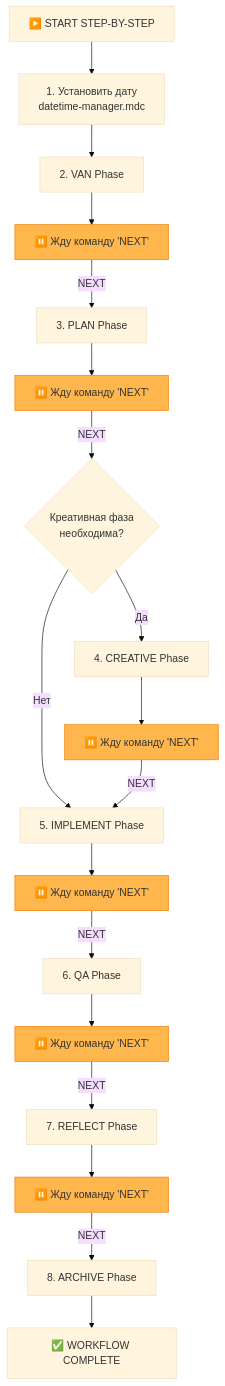
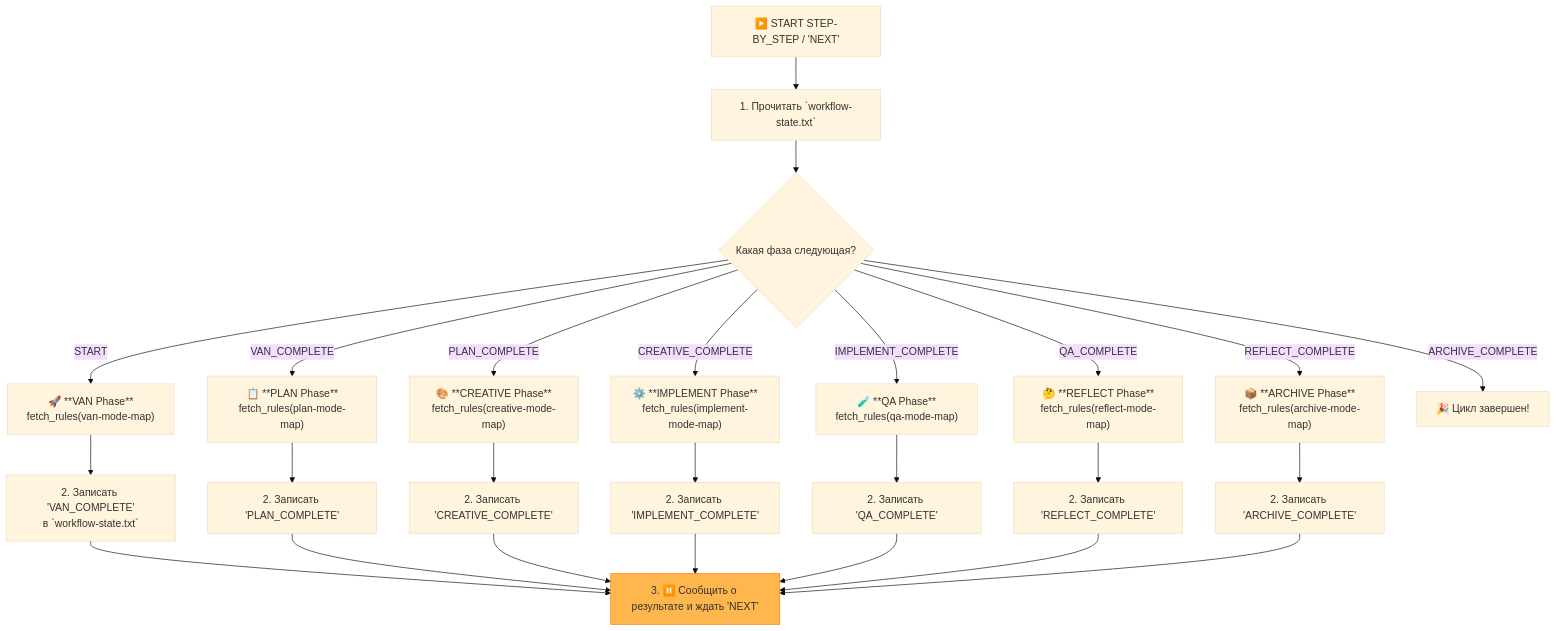
Before and after one commit to vanzan01/cursor-memory-bank: the diagram in custom_modes/step_by_step_instructions.md, drawn with Mermaid (base theme). The commit also changed other lines of this file and 11 other files, not shown here.

````diff
--- a/custom_modes/step_by_step_instructions.md
+++ b/custom_modes/step_by_step_instructions.md
@@ -7,33 +7,26 @@
 ```mermaid
 graph TD
-    Start["▶️ START STEP-BY-STEP"] --> SetDate["1. Установить дату<br>datetime-manager.mdc"]
+    Start["▶️ START STEP-BY_STEP / 'NEXT'"] --> ReadState["1. Прочитать `workflow-state.txt`"]
+    ReadState --> DecidePhase{"Какая фаза следующая?"}
 
-    SetDate --> VAN["2. VAN Phase"]
-    VAN --> Wait1["⏸️ Жду команду 'NEXT'"]
+    DecidePhase -- "START" --> VAN_Phase["🚀 **VAN Phase**<br>fetch_rules(van-mode-map)"]
+    DecidePhase -- "VAN_COMPLETE" --> PLAN_Phase["📋 **PLAN Phase**<br>fetch_rules(plan-mode-map)"]
+    DecidePhase -- "PLAN_COMPLETE" --> CREATIVE_Phase["🎨 **CREATIVE Phase**<br>fetch_rules(creative-mode-map)"]
+    DecidePhase -- "CREATIVE_COMPLETE" --> IMPLEMENT_Phase["⚙️ **IMPLEMENT Phase**<br>fetch_rules(implement-mode-map)"]
+    DecidePhase -- "IMPLEMENT_COMPLETE" --> QA_Phase["🧪 **QA Phase**<br>fetch_rules(qa-mode-map)"]
+    DecidePhase -- "QA_COMPLETE" --> REFLECT_Phase["🤔 **REFLECT Phase**<br>fetch_rules(reflect-mode-map)"]
+    DecidePhase -- "REFLECT_COMPLETE" --> ARCHIVE_Phase["📦 **ARCHIVE Phase**<br>fetch_rules(archive-mode-map)"]
+    DecidePhase -- "ARCHIVE_COMPLETE" --> Finish["🎉 Цикл завершен!"]
 
-    Wait1 -- "NEXT" --> PLAN["3. PLAN Phase"]
-    PLAN --> Wait2["⏸️ Жду команду 'NEXT'"]
+    VAN_Phase --> WriteState_VAN["2. Записать 'VAN_COMPLETE'<br>в `workflow-state.txt`"]
+    PLAN_Phase --> WriteState_PLAN["2. Записать 'PLAN_COMPLETE'"]
+    CREATIVE_Phase --> WriteState_CREATIVE["2. Записать 'CREATIVE_COMPLETE'"]
+    IMPLEMENT_Phase --> WriteState_IMPLEMENT["2. Записать 'IMPLEMENT_COMPLETE'"]
+    QA_Phase --> WriteState_QA["2. Записать 'QA_COMPLETE'"]
+    REFLECT_Phase --> WriteState_REFLECT["2. Записать 'REFLECT_COMPLETE'"]
+    ARCHIVE_Phase --> WriteState_ARCHIVE["2. Записать 'ARCHIVE_COMPLETE'"]
 
-    Wait2 -- "NEXT" --> CreativeCheck{"Креативная фаза<br>необходима?"}
+    WriteState_VAN & WriteState_PLAN & WriteState_CREATIVE & WriteState_IMPLEMENT & WriteState_QA & WriteState_REFLECT & WriteState_ARCHIVE --> Pause["3. ⏸️ Сообщить о результате и ждать 'NEXT'"]
 
-    CreativeCheck -- "Да" --> CREATIVE["4. CREATIVE Phase"]
-    CreativeCheck -- "Нет" --> IMPLEMENT
-
-    CREATIVE --> Wait3["⏸️ Жду команду 'NEXT'"]
-    Wait3 -- "NEXT" --> IMPLEMENT
-
-    IMPLEMENT["5. IMPLEMENT Phase"] --> Wait4["⏸️ Жду команду 'NEXT'"]
-    Wait4 -- "NEXT" --> QA["6. QA Phase"]
-    QA --> Wait5["⏸️ Жду команду 'NEXT'"]
-    Wait5 -- "NEXT" --> REFLECT["7. REFLECT Phase"]
-    REFLECT --> Wait6["⏸️ Жду команду 'NEXT'"]
-    Wait6 -- "NEXT" --> ARCHIVE["8. ARCHIVE Phase"]
-    ARCHIVE --> Done["✅ WORKFLOW COMPLETE"]
-
-    style Wait1 fill:#ffb74d,stroke:#f57c00
-    style Wait2 fill:#ffb74d,stroke:#f57c00
-    style Wait3 fill:#ffb74d,stroke:#f57c00
-    style Wait4 fill:#ffb74d,stroke:#f57c00
-    style Wait5 fill:#ffb74d,stroke:#f57c00
-    style Wait6 fill:#ffb74d,stroke:#f57c00
+    style Pause fill:#ffb74d,stroke:#f57c00
 ```
````
